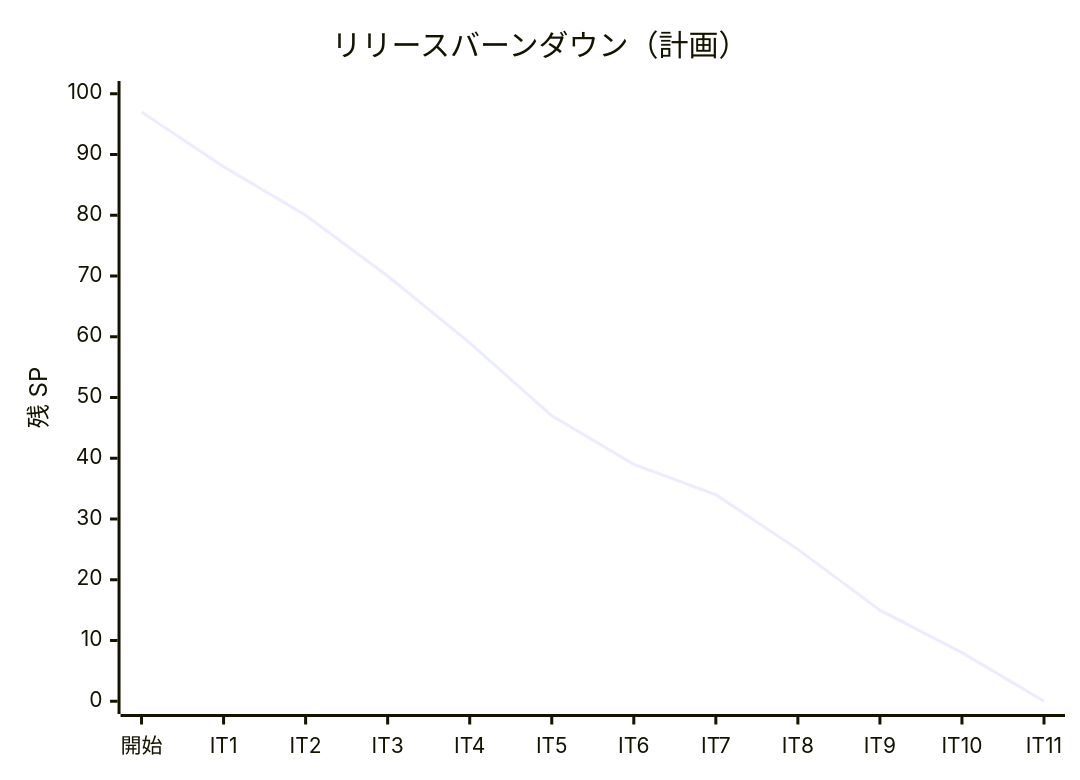
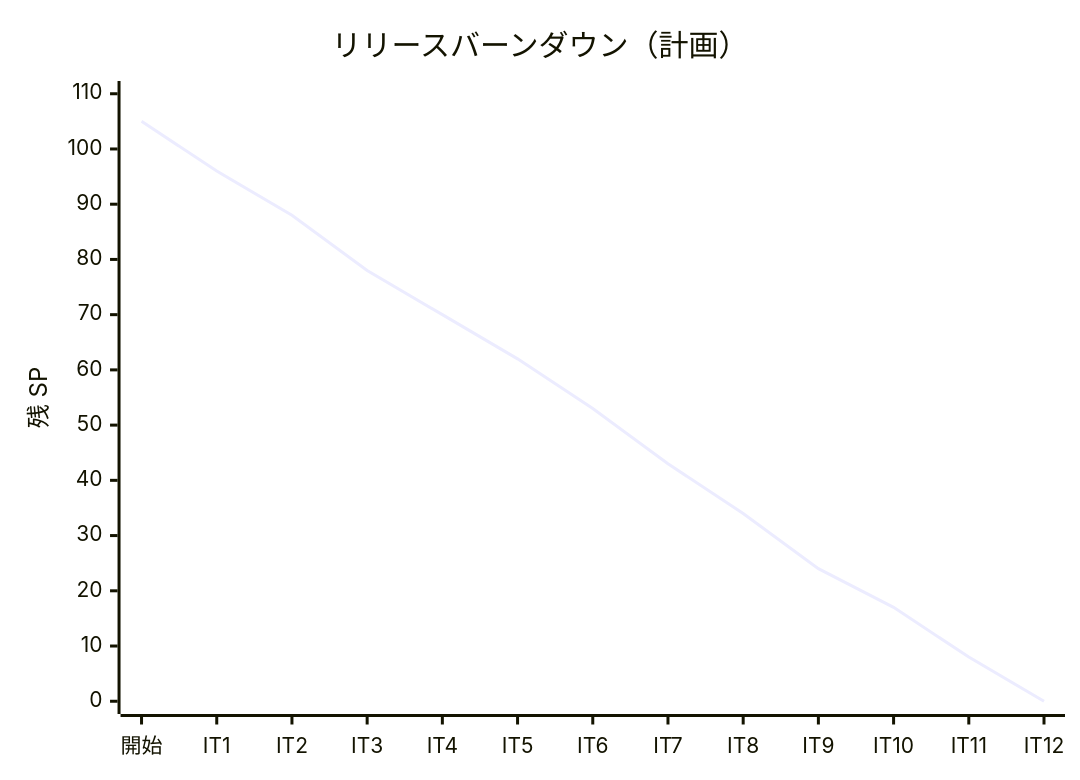
Before and after one commit to k2works/case-study-cargo-tracker: the second of 2 diagrams in docs/development/release_plan.md, drawn with Mermaid. The commit also changed other lines of this file and 6 other files, not shown here.

````diff
--- a/docs/development/release_plan.md
+++ b/docs/development/release_plan.md
@@ -365,7 +438,7 @@
 ```mermaid
 xychart-beta
     title "リリースバーンダウン（計画）"
-    x-axis ["開始", "IT1", "IT2", "IT3", "IT4", "IT5", "IT6", "IT7", "IT8", "IT9", "IT10", "IT11"]
-    y-axis "残 SP" 0 --> 100
-    line "計画" [97, 88, 80, 70, 59, 47, 39, 34, 25, 15, 8, 0]
+    x-axis ["開始", "IT1", "IT2", "IT3", "IT4", "IT5", "IT6", "IT7", "IT8", "IT9", "IT10", "IT11", "IT12"]
+    y-axis "残 SP" 0 --> 110
+    line "計画" [105, 96, 88, 78, 70, 62, 53, 43, 34, 24, 17, 8, 0]
 ```
````
